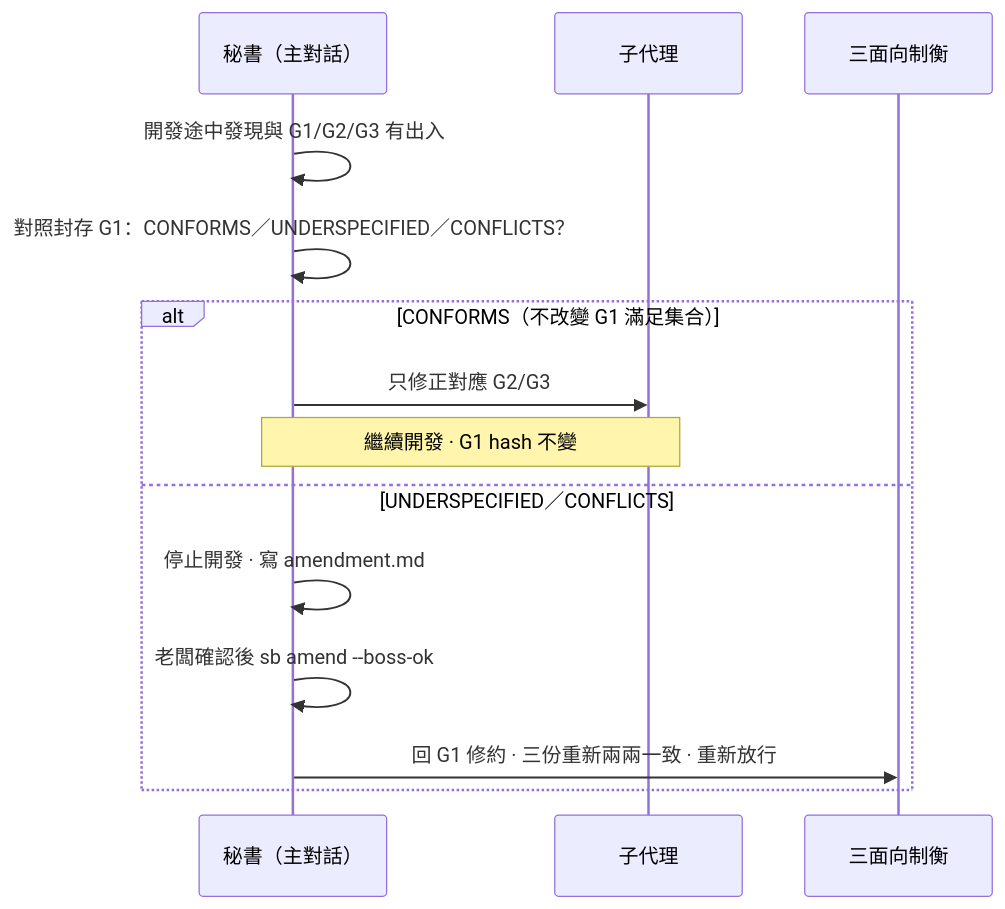
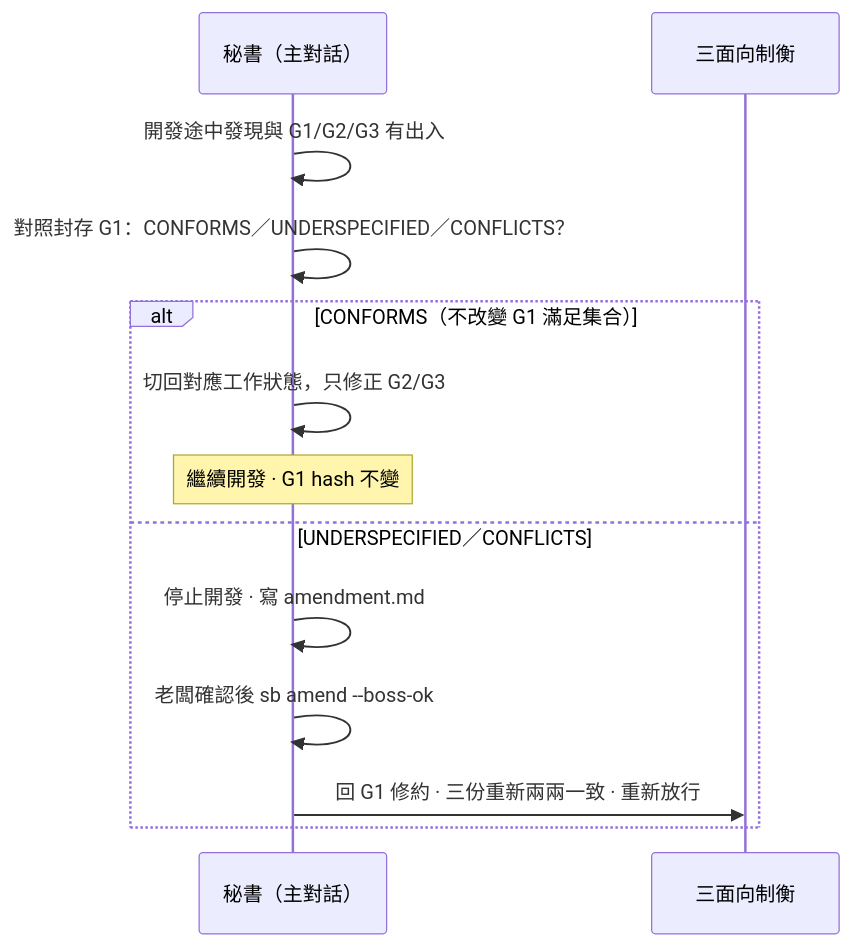
Before and after one commit to teps3105/shiftblame: the second of 8 diagrams in skills/shiftblame/SKILL.md, drawn with Mermaid. The commit also changed other lines of this file and 31 other files, not shown here.

````diff
--- a/skills/shiftblame/SKILL.md
+++ b/skills/shiftblame/SKILL.md
@@ -86,18 +87,17 @@
    ```mermaid
    sequenceDiagram
         participant SEC as 秘書（主對話）
-        participant Agent as 子代理
         participant Consult as 三面向制衡
 
         SEC->>SEC: 開發途中發現與 G1/G2/G3 有出入
         SEC->>SEC: 對照封存 G1：CONFORMS／UNDERSPECIFIED／CONFLICTS？
 
         alt CONFORMS（不改變 G1 滿足集合）
-            SEC->>Agent: 只修正對應 G2/G3
-            Note over SEC,Agent: 繼續開發 · G1 hash 不變
+            SEC->>SEC: 切回對應工作狀態，只修正 G2/G3
+            Note over SEC: 繼續開發 · G1 hash 不變
         else UNDERSPECIFIED／CONFLICTS
             SEC->>SEC: 停止開發 · 寫 amendment.md
             SEC->>SEC: 老闆確認後 sb amend --boss-ok
             SEC->>Consult: 回 G1 修約 · 三份重新兩兩一致 · 重新放行
         end
    ```
````
